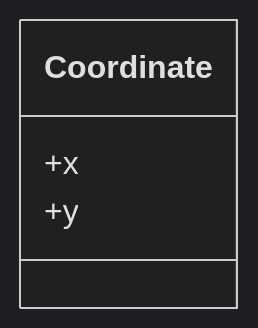
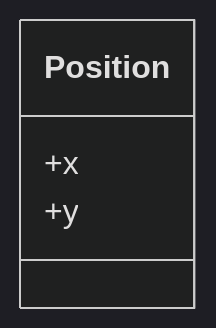
The diagram in docs/data_structures/expressive_data_type.md (UPPMAX/programming_formalisms), drawn with Mermaid (dark theme) before and after one commit. The commit also changed other lines of this file and 1 other file, not shown here.

Commit message:
Use position

````diff
--- a/docs/data_structures/expressive_data_type.md
+++ b/docs/data_structures/expressive_data_type.md
@@ -125,7 +125,7 @@
 ```mermaid
 classDiagram
-  class Coordinate{
+  class Position{
     +x
     +y
   }
 ```
````
